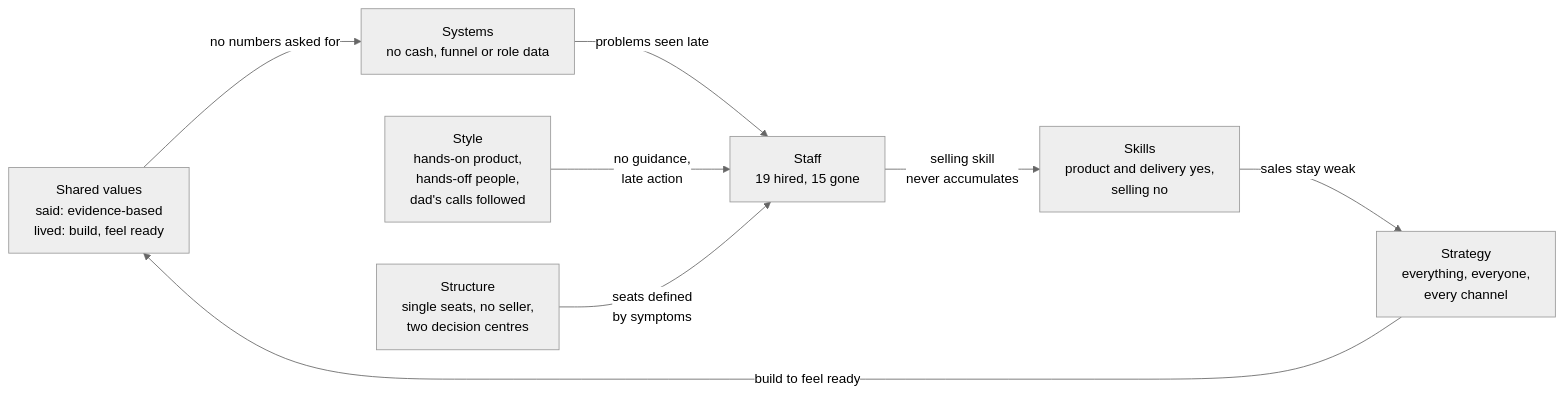
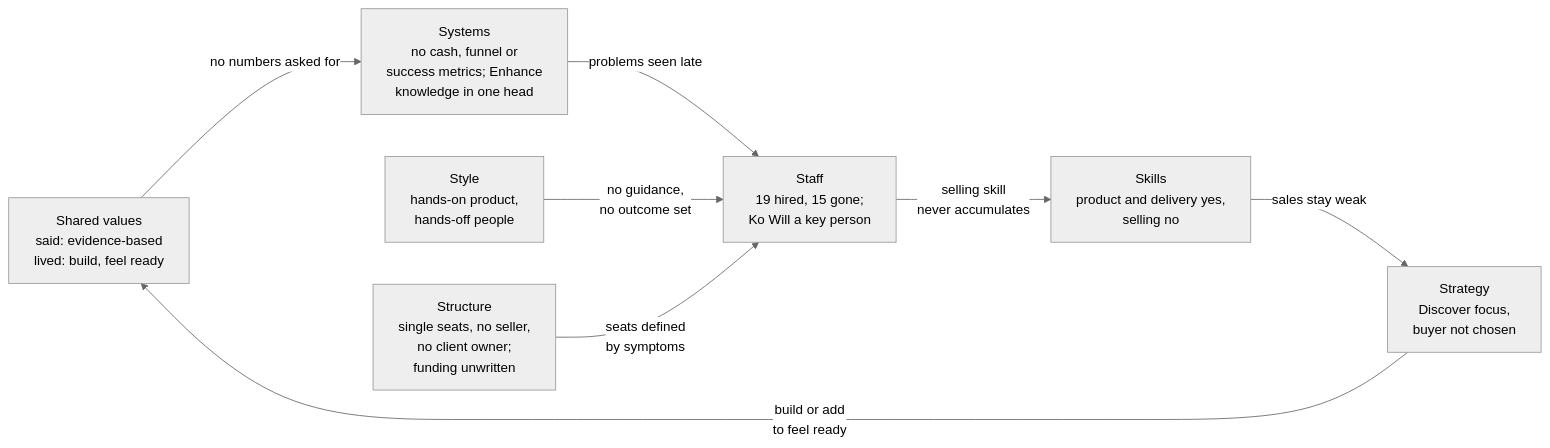
The diagram in outputs/06a-mckinsey-7s.md (gregorykurnia/deus-evaluation), drawn with Mermaid (neutral theme) before and after one commit. The commit also changed other lines of this file and 1 other file, not shown here.

````diff
--- a/outputs/06a-mckinsey-7s.md
+++ b/outputs/06a-mckinsey-7s.md
@@ -209,10 +236,10 @@
 ```mermaid
 flowchart LR
-    SV["Shared values<br/>said: evidence-based<br/>lived: build, feel ready"] -->|"no numbers asked for"| SYS["Systems<br/>no cash, funnel or role data"]
-    SYS -->|"problems seen late"| STAFF["Staff<br/>19 hired, 15 gone"]
-    STY["Style<br/>hands-on product,<br/>hands-off people,<br/>dad's calls followed"] -->|"no guidance,<br/>late action"| STAFF
-    STR["Structure<br/>single seats, no seller,<br/>two decision centres"] -->|"seats defined<br/>by symptoms"| STAFF
+    SV["Shared values<br/>said: evidence-based<br/>lived: build, feel ready"] -->|"no numbers asked for"| SYS["Systems<br/>no cash, funnel or<br/>success metrics; Enhance<br/>knowledge in one head"]
+    SYS -->|"problems seen late"| STAFF["Staff<br/>19 hired, 15 gone;<br/>Ko Will a key person"]
+    STY["Style<br/>hands-on product,<br/>hands-off people"] -->|"no guidance,<br/>no outcome set"| STAFF
+    STR["Structure<br/>single seats, no seller,<br/>no client owner;<br/>funding unwritten"] -->|"seats defined<br/>by symptoms"| STAFF
     STAFF -->|"selling skill<br/>never accumulates"| SK["Skills<br/>product and delivery yes,<br/>selling no"]
-    SK -->|"sales stay weak"| STRAT["Strategy<br/>everything, everyone,<br/>every channel"]
-    STRAT -->|"build to feel ready"| SV
+    SK -->|"sales stay weak"| STRAT["Strategy<br/>Discover focus,<br/>buyer not chosen"]
+    STRAT -->|"build or add<br/>to feel ready"| SV
 ```
````
